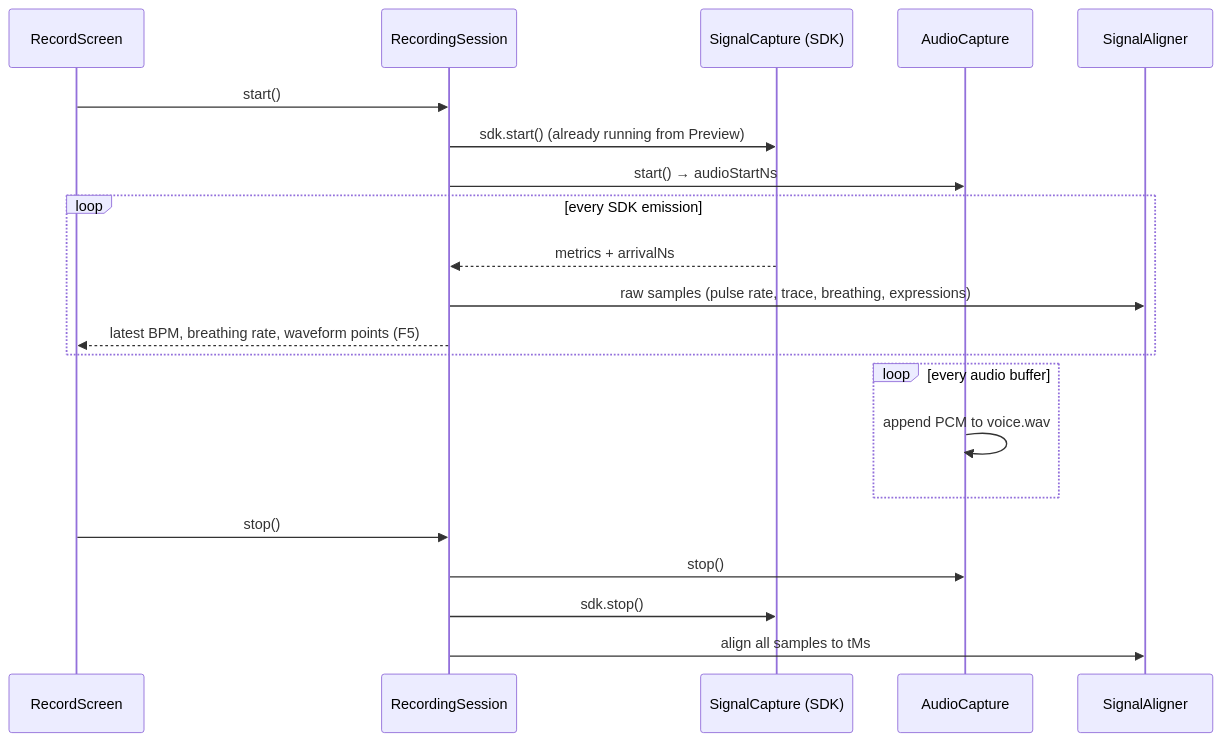
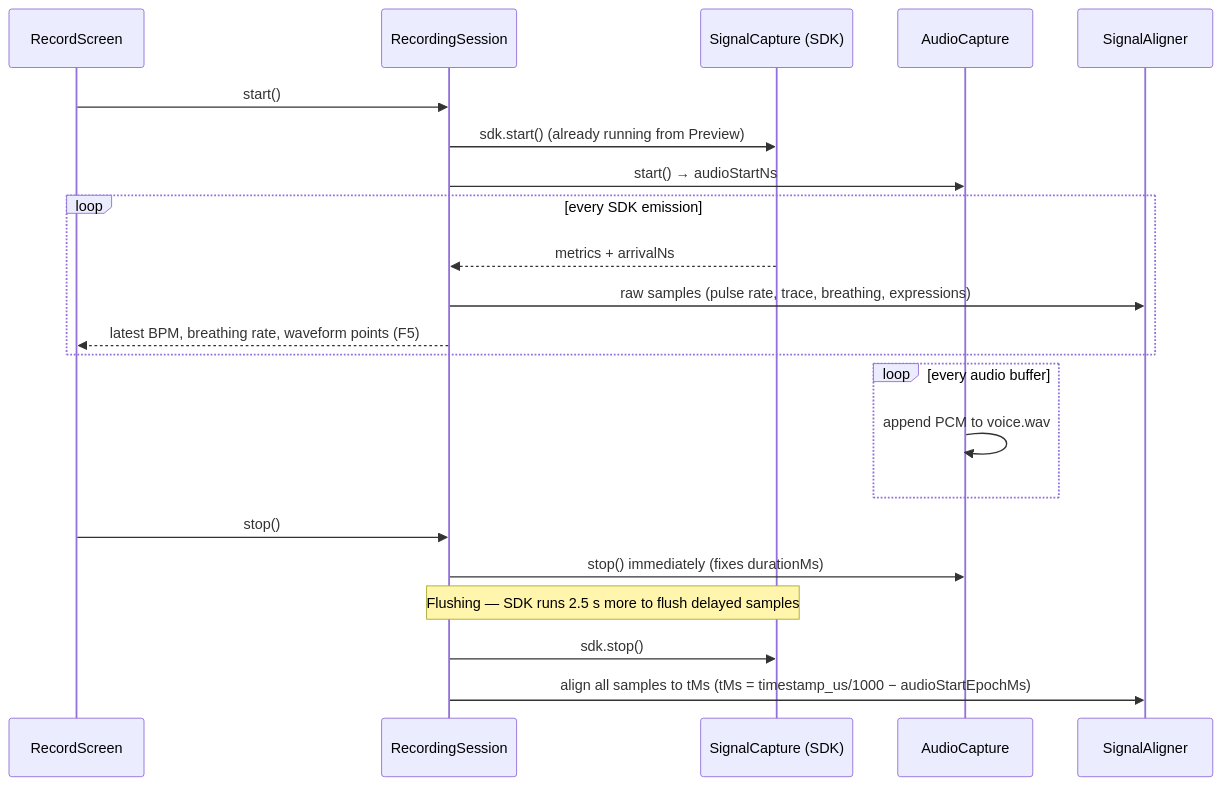
The third of 4 diagrams in docs/PROCESS_FLOW.md (Dronzer2code/HeartNote), drawn with Mermaid before and after one commit. The commit also changed other lines of this file and 1 other file, not shown here.

First line of the commit message:
Docs: S2-S5 spike answers, SDK tail flush, epoch-us alignment, Flushing state

````diff
--- a/docs/PROCESS_FLOW.md
+++ b/docs/PROCESS_FLOW.md
@@ -52,23 +55,24 @@
 ```mermaid
 sequenceDiagram
     participant UI as RecordScreen
     participant RS as RecordingSession
     participant SC as SignalCapture (SDK)
     participant AC as AudioCapture
     participant SA as SignalAligner
     UI->>RS: start()
     RS->>SC: sdk.start() (already running from Preview)
     RS->>AC: start() → audioStartNs
     loop every SDK emission
         SC-->>RS: metrics + arrivalNs
         RS->>SA: raw samples (pulse rate, trace, breathing, expressions)
         RS-->>UI: latest BPM, breathing rate, waveform points (F5)
     end
     loop every audio buffer
         AC->>AC: append PCM to voice.wav
     end
     UI->>RS: stop()
-    RS->>AC: stop()
+    RS->>AC: stop() immediately (fixes durationMs)
+    Note over RS,SC: Flushing — SDK runs 2.5 s more to flush delayed samples
     RS->>SC: sdk.stop()
-    RS->>SA: align all samples to tMs
+    RS->>SA: align all samples to tMs (tMs = timestamp_us/1000 − audioStartEpochMs)
 ```
````
